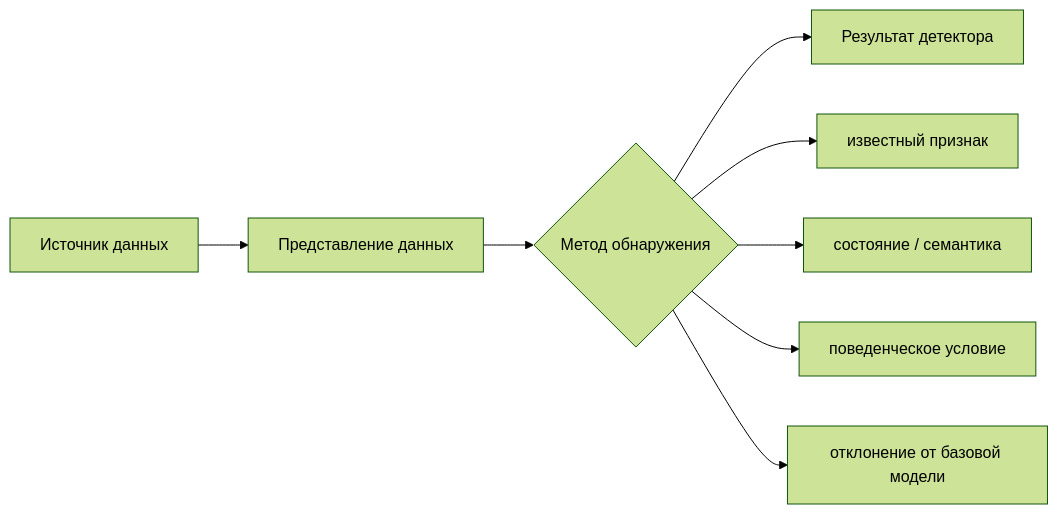
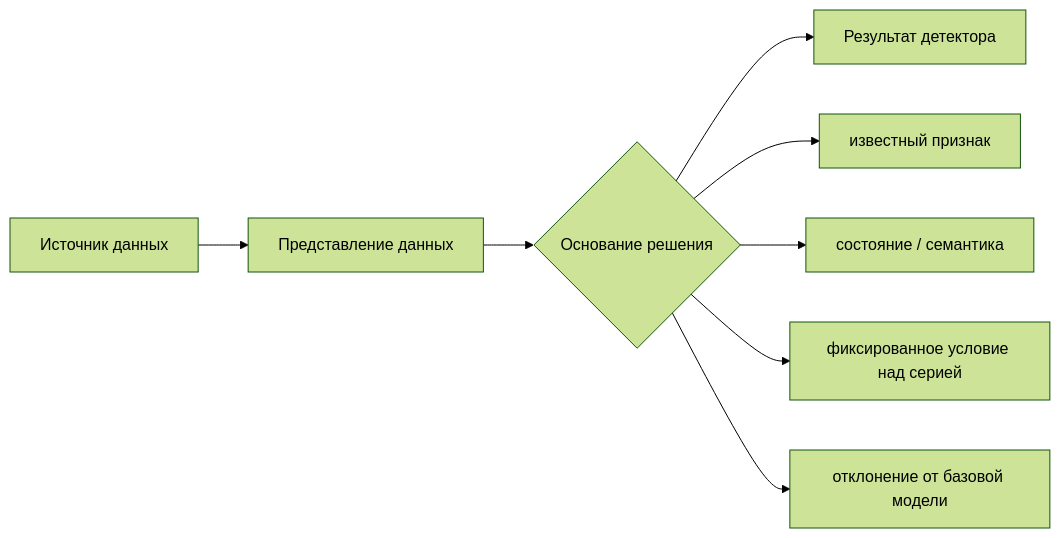
Before and after one commit to 11ndra/spvo: the first of 6 diagrams in docs/course/05-firewall-vs-idps.md, drawn with Mermaid (forest theme). The commit also changed other lines of this file and 21 other files, not shown here.

````diff
--- a/docs/course/05-firewall-vs-idps.md
+++ b/docs/course/05-firewall-vs-idps.md
@@ -35,11 +35,11 @@
 ```mermaid
 flowchart LR
     S[Источник данных] --> R[Представление данных]
-    R --> M{Метод обнаружения}
+    R --> M{Основание решения}
     M --> A[Результат детектора]
 
     M --> SG[известный признак]
     M --> PR[состояние / семантика]
-    M --> BH[поведенческое условие]
+    M --> TH[фиксированное условие над серией]
     M --> AN[отклонение от базовой модели]
 ```
````
